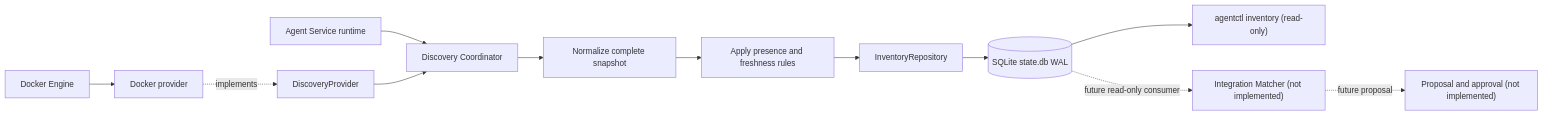
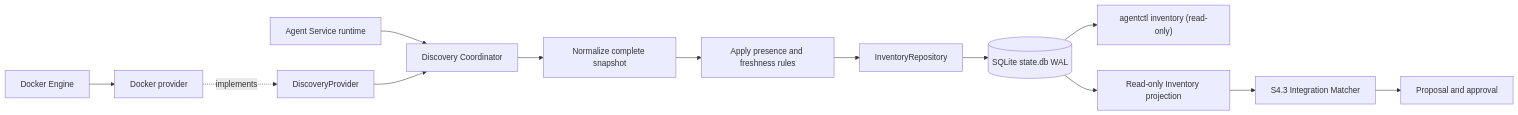
The diagram in docs/local/architecture/s4-resource-discovery-inventory.md (AR-IMMS/telemetry-agent), drawn with Mermaid before and after one commit. The commit also changed other lines of this file and 10 other files, not shown here.

````diff
--- a/docs/local/architecture/s4-resource-discovery-inventory.md
+++ b/docs/local/architecture/s4-resource-discovery-inventory.md
@@ -12,14 +12,14 @@
 ```mermaid
 flowchart LR
     DOCKER["Docker Engine"] --> ADAPTER["Docker provider"]
     ADAPTER -. implements .-> PORT["DiscoveryProvider"]
     RUNTIME["Agent Service runtime"] --> COORD["Discovery Coordinator"]
     PORT --> COORD
     COORD --> NORMALIZE["Normalize complete snapshot"]
     NORMALIZE --> REDUCE["Apply presence and freshness rules"]
     REDUCE --> REPO["InventoryRepository"]
     REPO --> DB[("SQLite state.db WAL")]
     DB --> CLI["agentctl inventory (read-only)"]
-    DB -. future read-only consumer .-> MATCH["Integration Matcher (not implemented)"]
-    MATCH -. future proposal .-> APPROVAL["Proposal and approval (not implemented)"]
+    DB --> READ["Read-only Inventory projection"] --> MATCH["S4.3 Integration Matcher"]
+    MATCH --> APPROVAL["Proposal and approval"]
 ```
````
